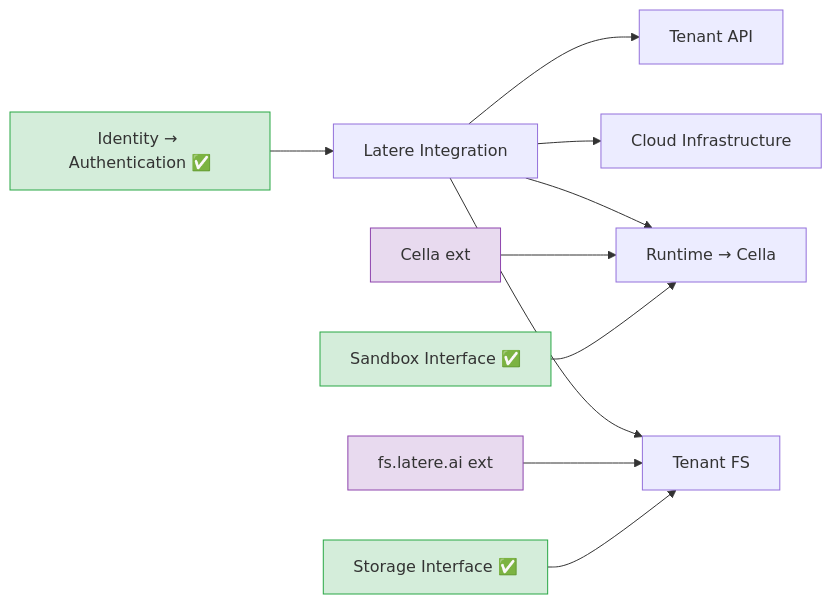
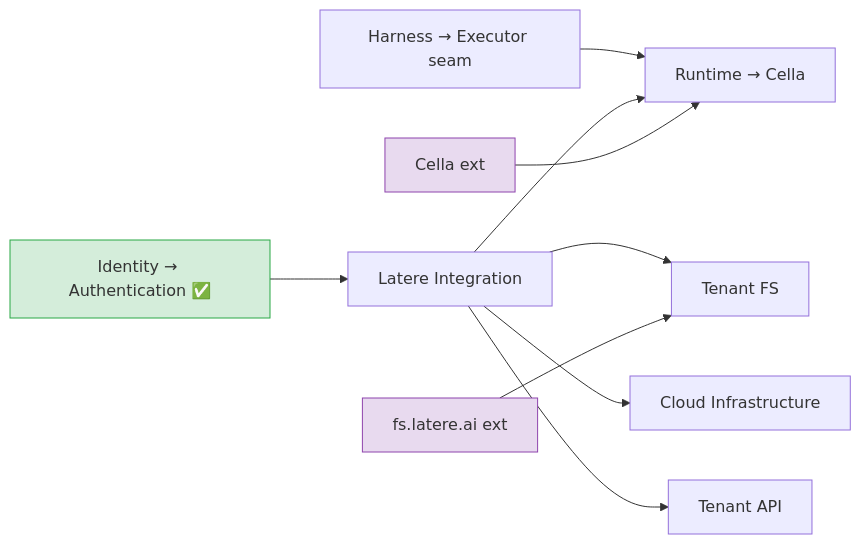
One commit to changkun/wallfacer changed the third of 4 diagrams in specs/README.md. Above: the diagram before and after it, drawn with Mermaid. The commit also changed other lines of this file, not shown here.

First line of the commit message:
spec(README): rebuild roadmap for the reorg and refined statuses

````diff
--- a/specs/README.md
+++ b/specs/README.md
@@ -134,18 +198,15 @@
 ```mermaid
 graph LR
   AUTH[Identity → Authentication ✅] --> LI[Latere Integration]
-  LI --> CR[Runtime → Cella]
+  HA[Harness → Executor seam] --> CR[Runtime → Cella]
+  LI --> CR
   LI --> TFS[Tenant FS]
   LI --> CI[Cloud Infrastructure]
   LI --> TA[Tenant API]
   SBX[Cella ext] --> CR
   FS[fs.latere.ai ext] --> TFS
-  SBI[Sandbox Interface ✅] --> CR
-  STI[Storage Interface ✅] --> TFS
 
   style AUTH fill:#d4edda,stroke:#28a745
-  style SBI fill:#d4edda,stroke:#28a745
-  style STI fill:#d4edda,stroke:#28a745
   style FS fill:#e8daef,stroke:#8e44ad
   style SBX fill:#e8daef,stroke:#8e44ad
 ```
````
